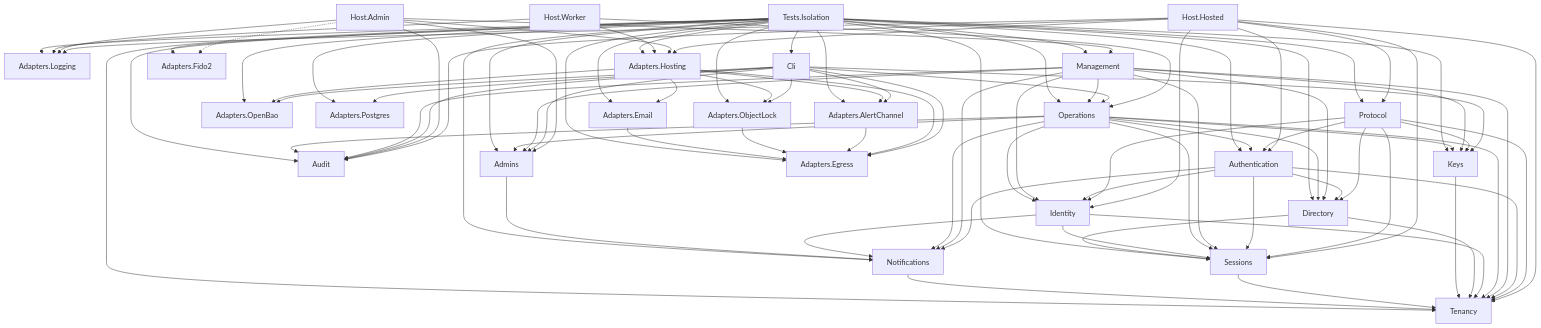
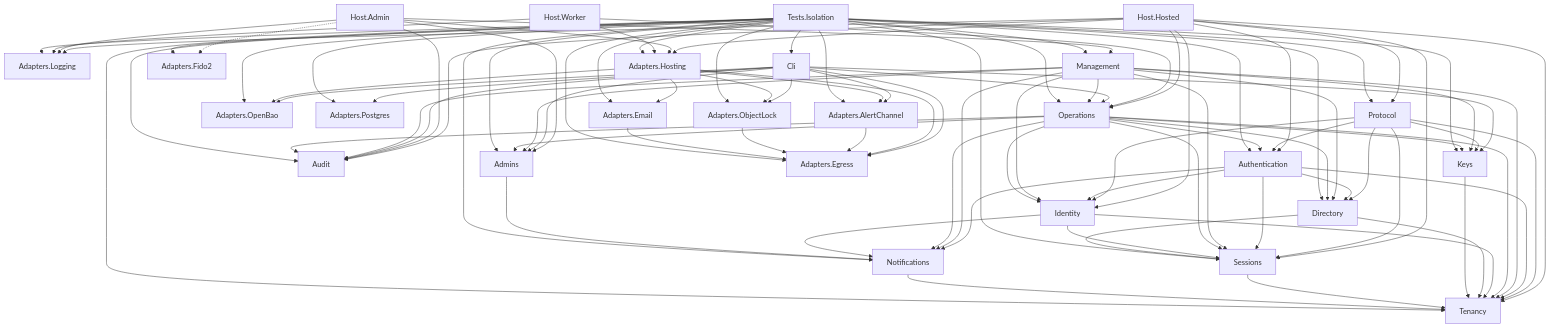
Before and after one commit to shanilmelder/gatekeep: the diagram in docs/architecture/module-dependencies.md, drawn with Mermaid. The commit also changed 92 other files, not shown here.

```diff
--- a/docs/architecture/module-dependencies.md
+++ b/docs/architecture/module-dependencies.md
@@ -13,6 +13,7 @@
   Identity[Identity]
   Sessions[Sessions]
   Tenancy[Tenancy]
+  Operations[Operations]
   AdaptersLogging[Adapters.Logging]
   AdaptersHosting[Adapters.Hosting]
   HostAdmin[Host.Admin]
@@ -20,7 +21,6 @@
   Admins[Admins]
   AdaptersFido2[Adapters.Fido2]
   HostWorker[Host.Worker]
-  Operations[Operations]
   Cli[Cli]
   Keys[Keys]
   AdaptersOpenBao[Adapters.OpenBao]
@@ -38,6 +38,7 @@
   HostHosted --> Identity
   HostHosted --> Sessions
   HostHosted --> Tenancy
+  HostHosted --> Operations
   HostHosted --> AdaptersLogging
   HostHosted --> AdaptersHosting
   HostAdmin --> Management
```
